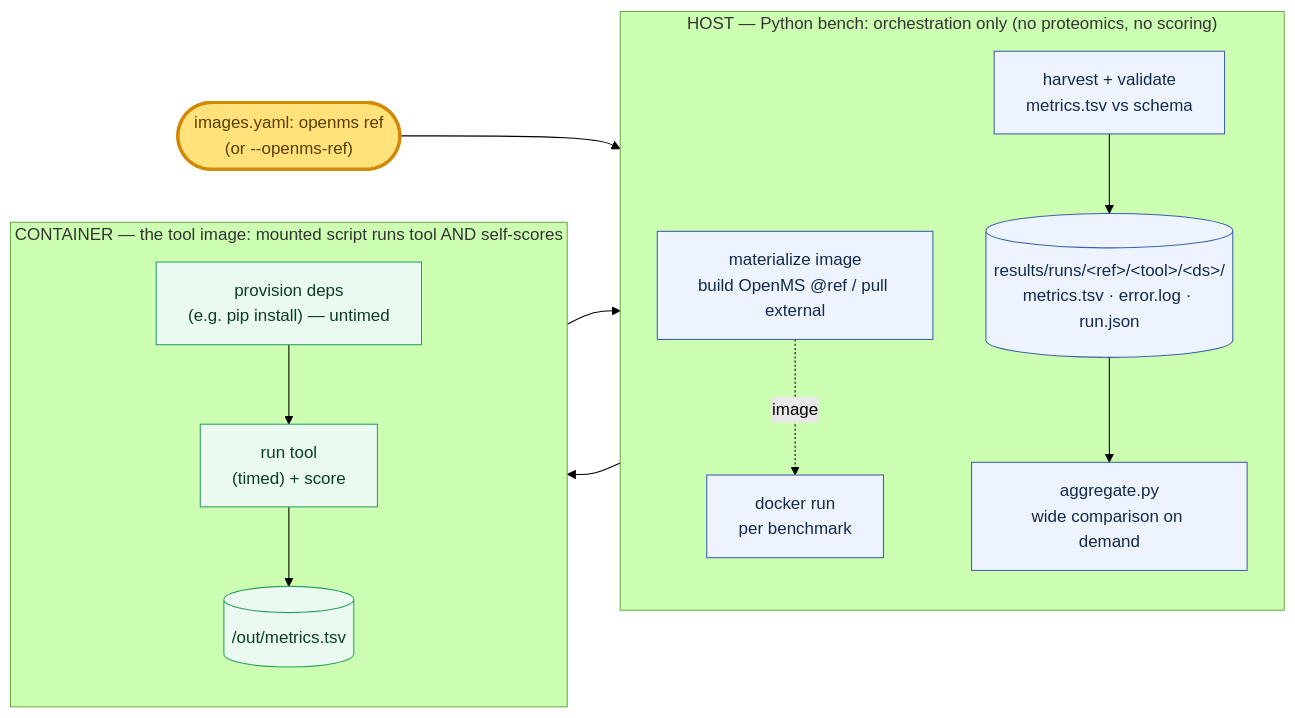
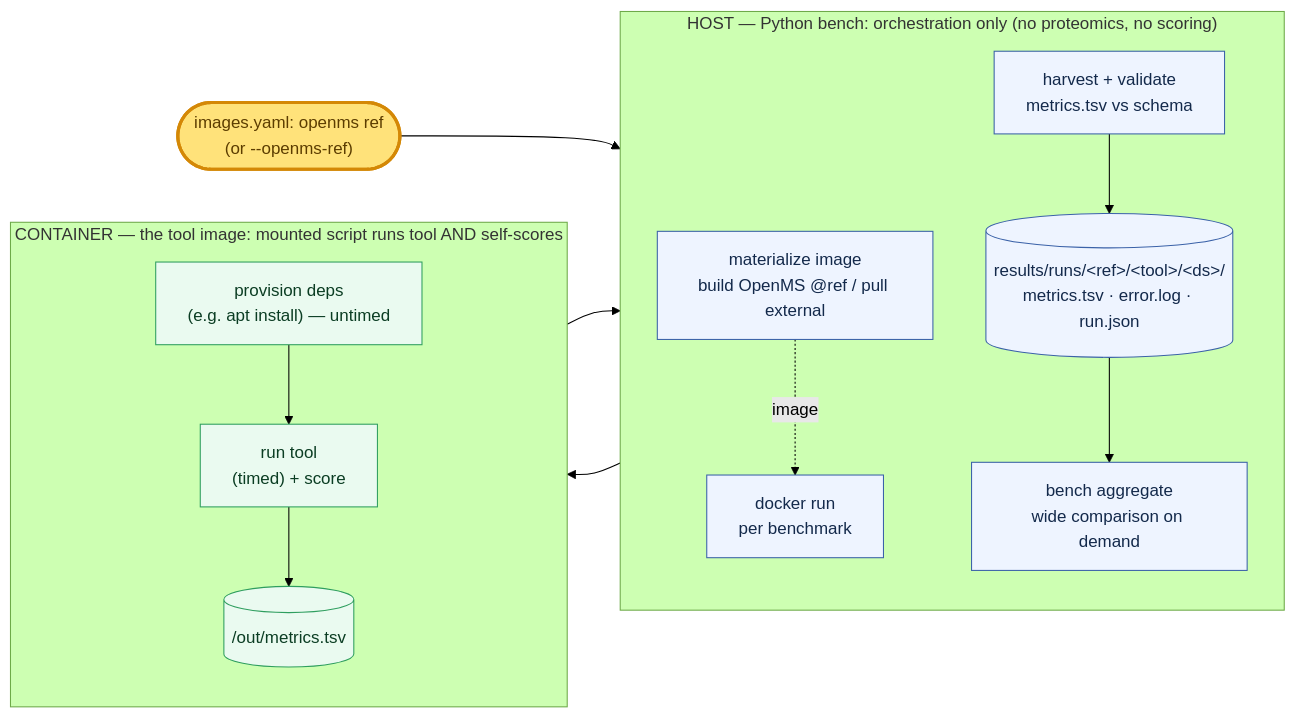
Before and after one commit to t0mdavid-m/OpenMS-Benchmarks: the first of 2 diagrams in docs/benchmark-overview.md, drawn with Mermaid (forest theme). The commit also changed other lines of this file, not shown here.

````diff
--- a/docs/benchmark-overview.md
+++ b/docs/benchmark-overview.md
@@ -15,29 +15,29 @@
 ```mermaid
 flowchart LR
     REF(["images.yaml: openms ref<br/>(or --openms-ref)"]):::var
 
     subgraph HOST["HOST — Python bench: orchestration only (no proteomics, no scoring)"]
         direction TB
         IMG["materialize image<br/>build OpenMS @ref / pull external"]:::host
         RUN["docker run<br/>per benchmark"]:::host
         HARVEST["harvest + validate<br/>metrics.tsv vs schema"]:::host
         TREE[("results/runs/&lt;ref&gt;/&lt;tool&gt;/&lt;ds&gt;/<br/>metrics.tsv · error.log · run.json")]:::host
-        AGG["aggregate.py<br/>wide comparison on demand"]:::host
+        AGG["bench aggregate<br/>wide comparison on demand"]:::host
     end
 
     subgraph CONT["CONTAINER — the tool image: mounted script runs tool AND self-scores"]
         direction TB
-        PROV["provision deps<br/>(e.g. pip install) — untimed"]:::cont
+        PROV["provision deps<br/>(e.g. apt install) — untimed"]:::cont
         TOOL["run tool<br/>(timed) + score"]:::cont
         METRICS[("/out/metrics.tsv")]:::cont
     end
 
     REF --> IMG
     IMG -. "image" .-> RUN
     RUN --> PROV --> TOOL --> METRICS
     METRICS --> HARVEST --> TREE --> AGG
 
     classDef host fill:#eef4ff,stroke:#3b62a8,color:#13294b;
     classDef cont fill:#eafaf0,stroke:#2f9e5f,color:#0b3d23;
     classDef var fill:#ffe27a,stroke:#d48806,stroke-width:3px,color:#5c3d00;
 ```
````
